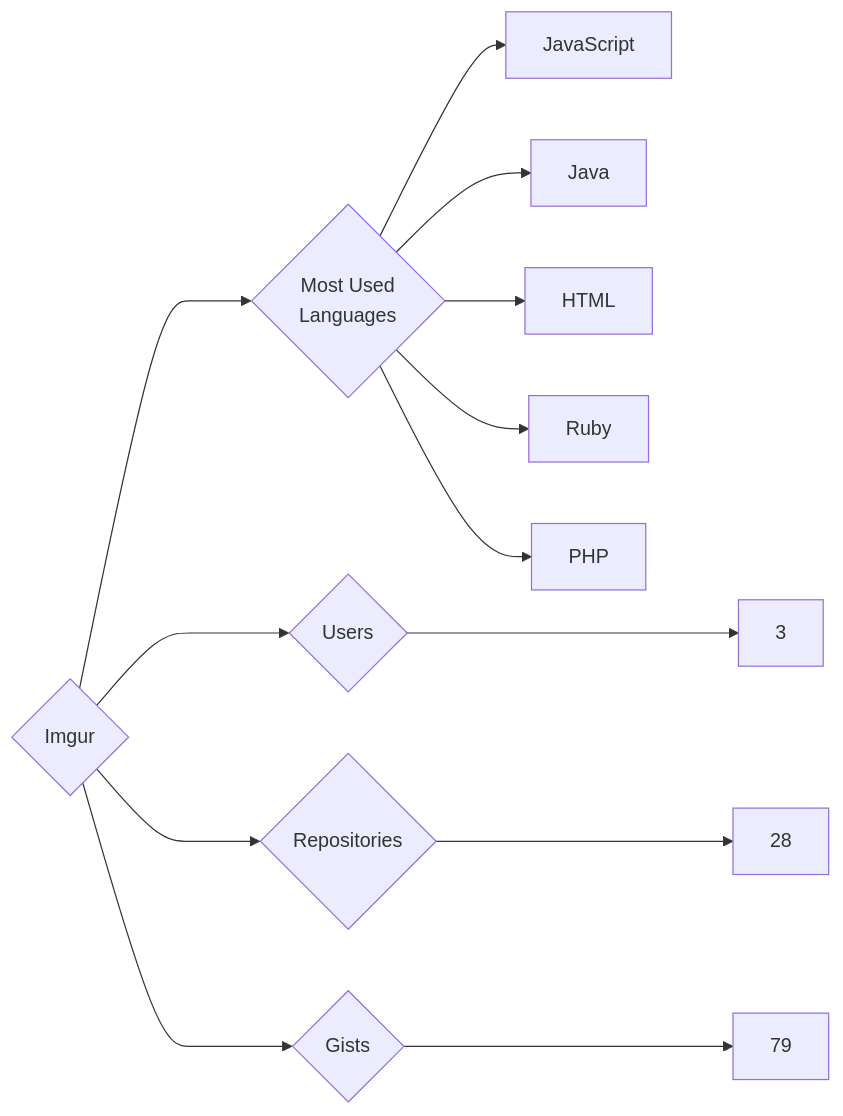
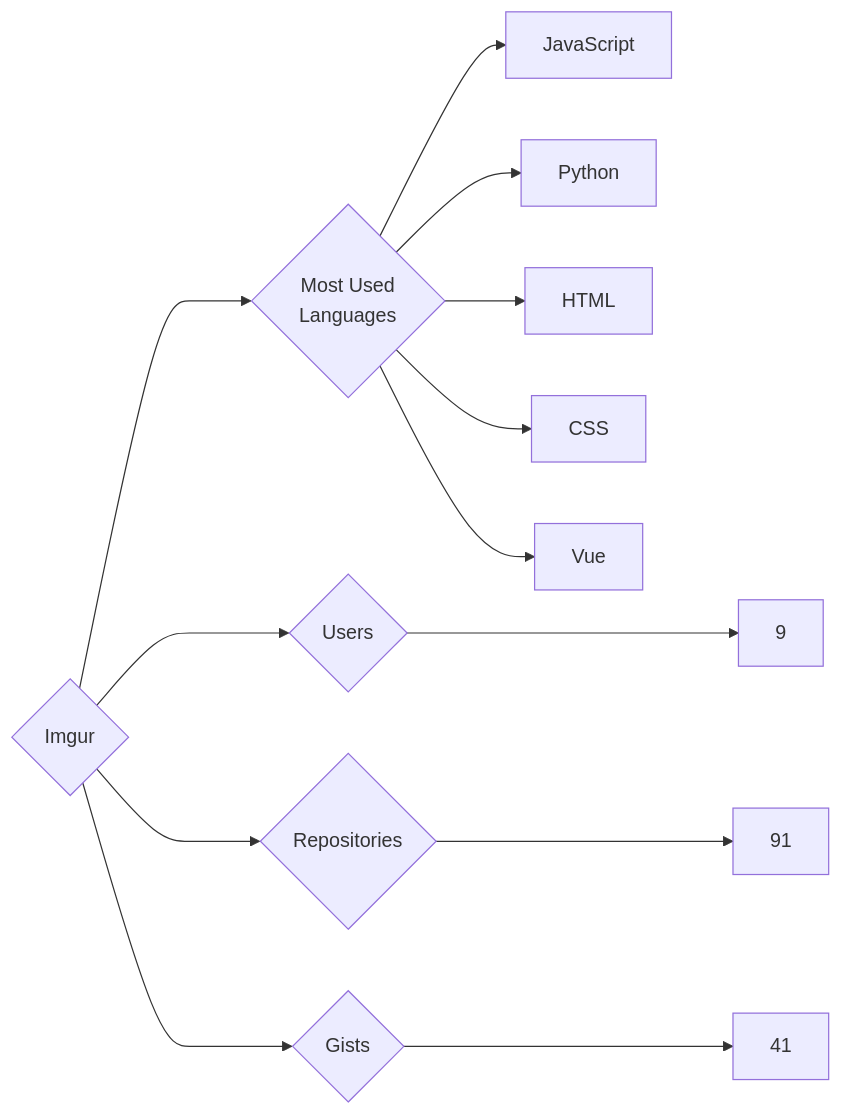
One commit to trickest/insiders changed the diagram in targets/Imgur/README.md. Above: the diagram before and after it, drawn with Mermaid. The commit also changed 1055 other files, not shown here.

````diff
--- a/targets/Imgur/README.md
+++ b/targets/Imgur/README.md
@@ -3,13 +3,13 @@
 ```mermaid
 graph LR
 COMPANY_NAME{Imgur}
-COMPANY_NAME ---> U{Users} ---> UN[3]
-COMPANY_NAME ---> R{Repositories} ---> RN[28]
-COMPANY_NAME ---> G{Gists} ---> GN[79]
+COMPANY_NAME ---> U{Users} ---> UN[9]
+COMPANY_NAME ---> R{Repositories} ---> RN[91]
+COMPANY_NAME ---> G{Gists} ---> GN[41]
 COMPANY_NAME ---> ML{Most Used<br>Languages}
 ML --> JavaScript[JavaScript]
-ML --> Java[Java]
+ML --> Python[Python]
 ML --> HTML[HTML]
-ML --> Ruby[Ruby]
-ML --> PHP[PHP]
+ML --> CSS[CSS]
+ML --> Vue[Vue]
 ```
````
